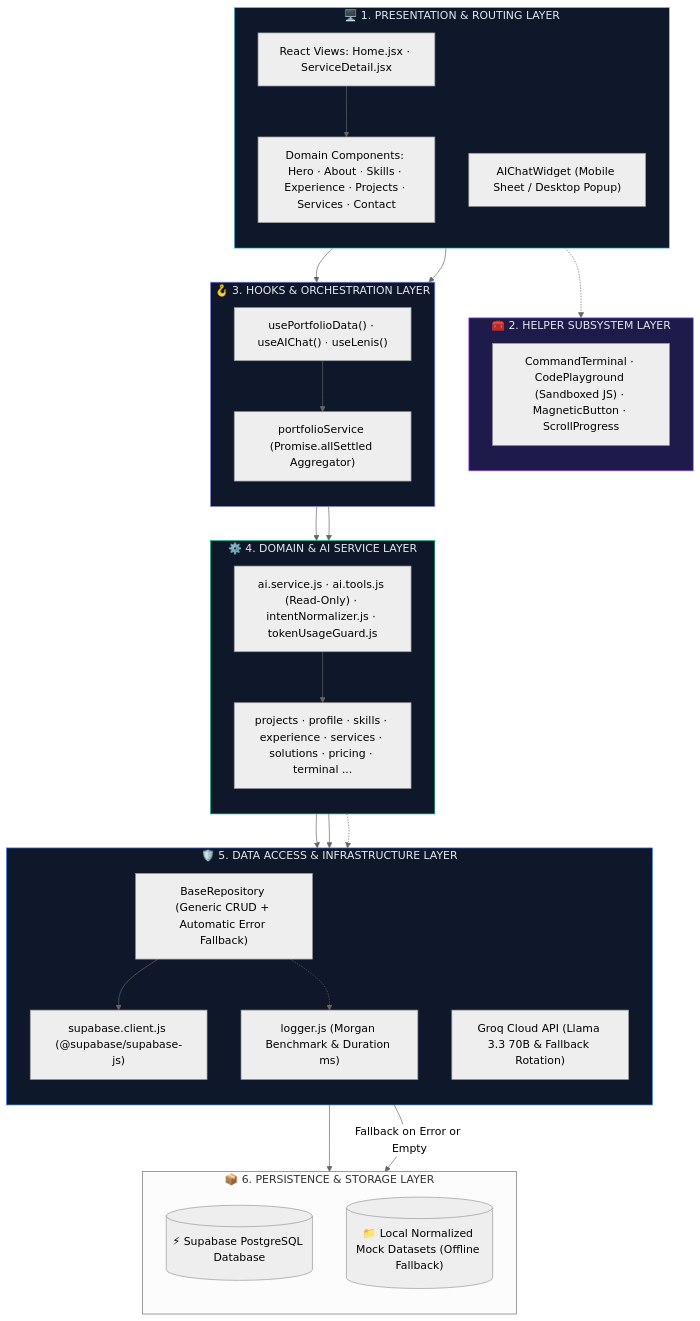
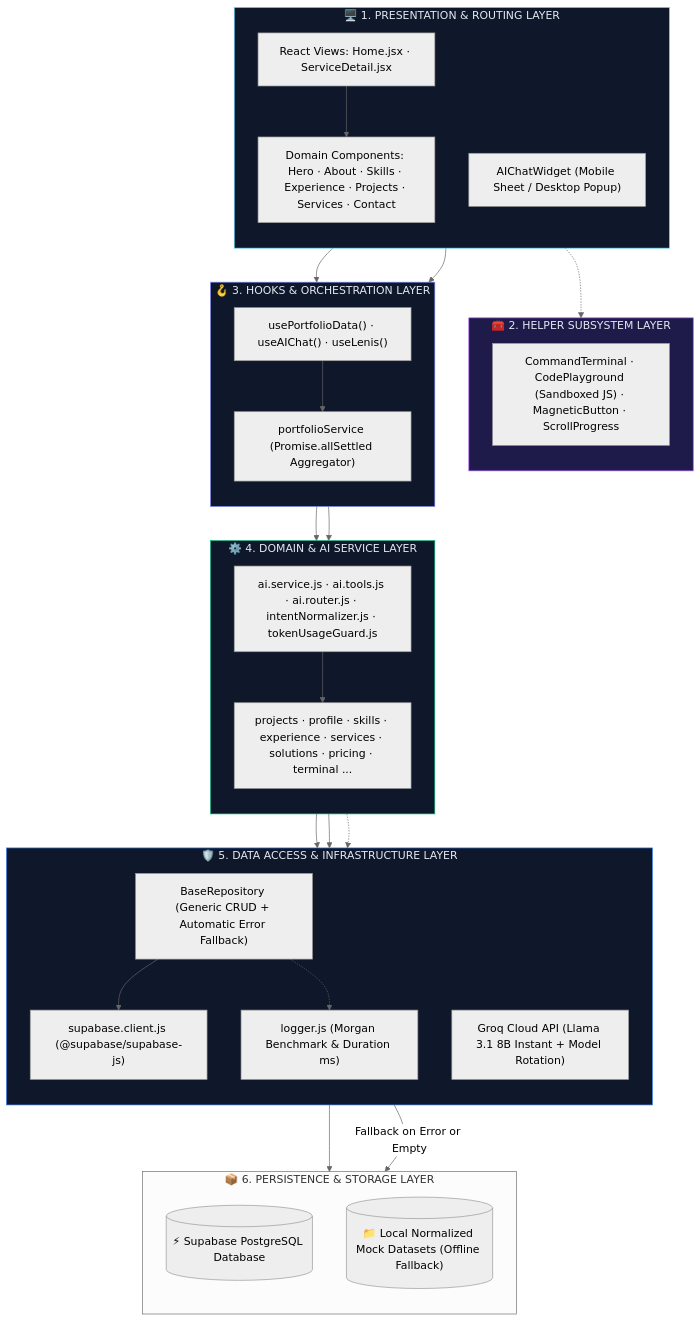
Before and after one commit to Haiderali445/portfolio-website: the third of 20 diagrams in README.md, drawn with Mermaid (neutral theme). The commit also changed other lines of this file and 4 other files, not shown here.

Commit message:
refactor(ai): decouple intent router into ai.router.js and update service orchestration

````diff
--- a/README.md
+++ b/README.md
@@ -122,61 +122,61 @@
 ```mermaid
 flowchart TD
     subgraph L1 ["🖥️ 1. PRESENTATION & ROUTING LAYER"]
         direction TB
         UI["React Views: Home.jsx · ServiceDetail.jsx"]
         COMPS["Domain Components: Hero · About · Skills · Experience · Projects · Services · Contact"]
         AIC["AIChatWidget (Mobile Sheet / Desktop Popup)"]
     end
 
     subgraph L2 ["🧰 2. HELPER SUBSYSTEM LAYER"]
         direction TB
         HELPERS["CommandTerminal · CodePlayground (Sandboxed JS) · MagneticButton · ScrollProgress"]
     end
 
     subgraph L3 ["🪝 3. HOOKS & ORCHESTRATION LAYER"]
         direction TB
         HOOK["usePortfolioData() · useAIChat() · useLenis()"]
         PSVC["portfolioService (Promise.allSettled Aggregator)"]
     end
 
     subgraph L4 ["⚙️ 4. DOMAIN & AI SERVICE LAYER"]
         direction TB
-        AISVC["ai.service.js · ai.tools.js (Read-Only) · intentNormalizer.js · tokenUsageGuard.js"]
+        AISVC["ai.service.js · ai.tools.js · ai.router.js · intentNormalizer.js · tokenUsageGuard.js"]
         DS["projects · profile · skills · experience · services · solutions · pricing · terminal ..."]
     end
 
     subgraph L5 ["🛡️ 5. DATA ACCESS & INFRASTRUCTURE LAYER"]
         direction TB
         REPO["BaseRepository (Generic CRUD + Automatic Error Fallback)"]
         LOG["logger.js (Morgan Benchmark & Duration ms)"]
         CLIENT["supabase.client.js (@supabase/supabase-js)"]
-        GROQ["Groq Cloud API (Llama 3.3 70B & Fallback Rotation)"]
+        GROQ["Groq Cloud API (Llama 3.1 8B Instant + Model Rotation)"]
     end
 
     subgraph L6 ["📦 6. PERSISTENCE & STORAGE LAYER"]
         direction TB
         DB[("⚡ Supabase PostgreSQL Database")]
         MOCK[("📁 Local Normalized Mock Datasets (Offline Fallback)")]
     end
 
     UI --> COMPS
     AIC --> HOOK
     COMPS -.-> HELPERS
     UI --> HOOK
     HOOK --> PSVC
     HOOK --> AISVC
     PSVC --> DS
     AISVC --> DS
     AISVC --> GROQ
     DS --> REPO
     REPO --> CLIENT --> DB
     REPO -->|"Fallback on Error or Empty"| MOCK
     REPO -.-> LOG
     AISVC -.-> LOG
 
     style L1 fill:#0f172a,stroke:#61DAFB,color:#e2e8f0
     style L2 fill:#1e1b4b,stroke:#a855f7,color:#e2e8f0
     style L3 fill:#0f172a,stroke:#818cf8,color:#e2e8f0
     style L4 fill:#0f172a,stroke:#10B981,color:#e2e8f0
     style L5 fill:#0f172a,stroke:#3b82f6,color:#e2e8f0
 ```
````
